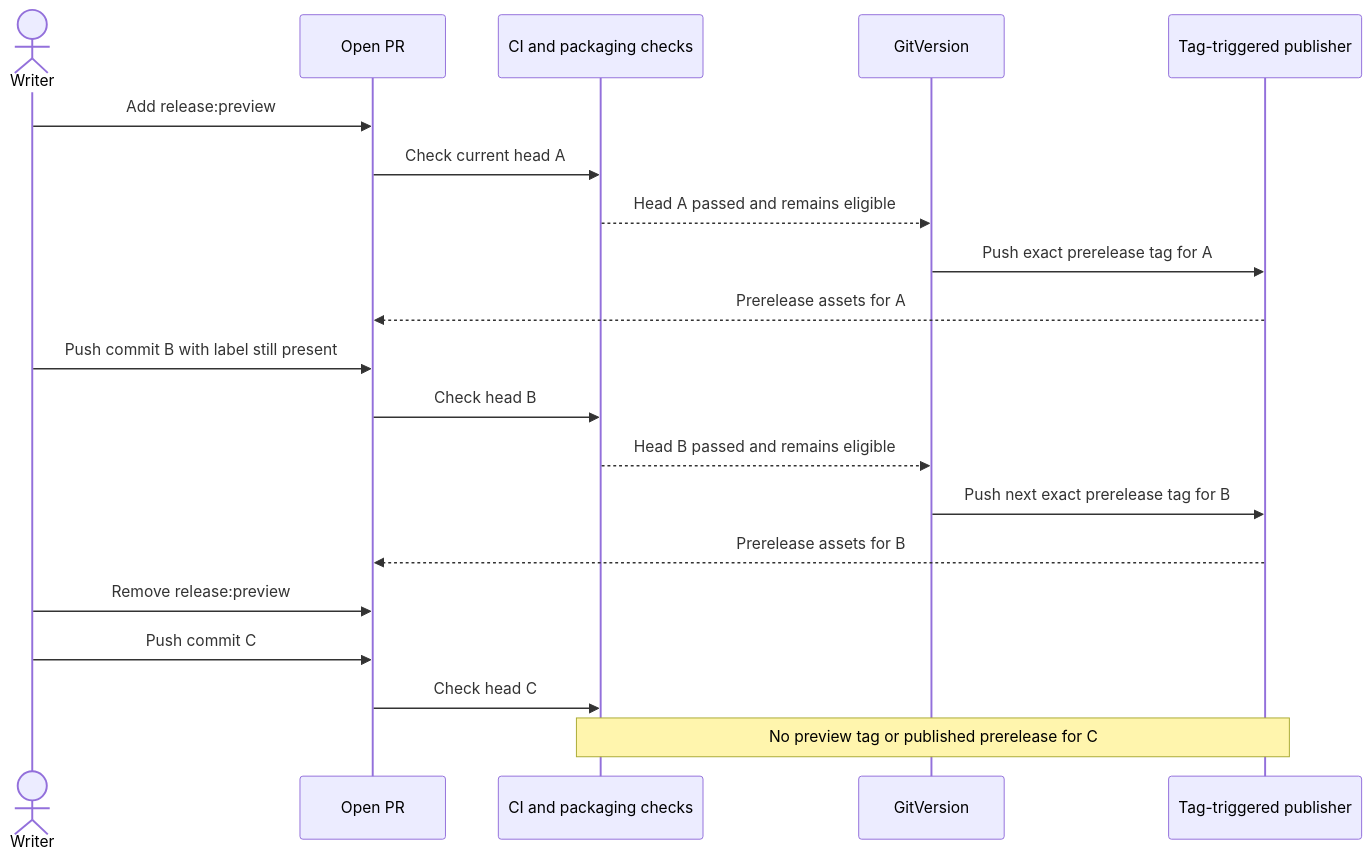
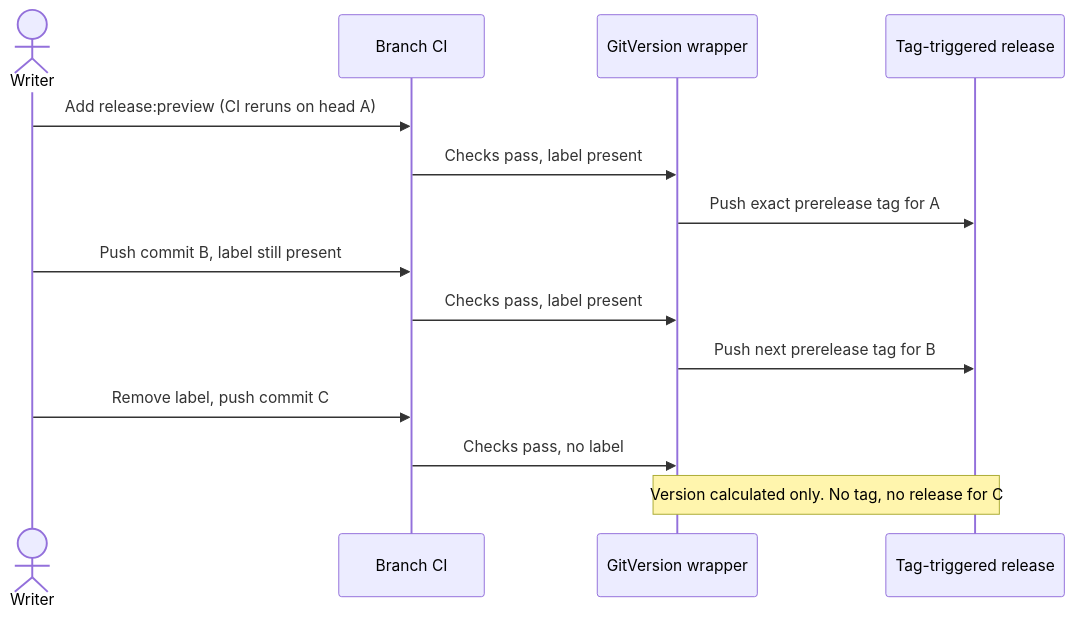
Before and after one commit to vhco-pro/docs: the second of 2 diagrams in knowledge/tag-driven-go-releases.md, drawn with Mermaid. The commit also changed other lines of this file and 1 other file, not shown here.

Commit message:
docs: version from branch runs; drop the PR dispatch bridge [skip ci]

````diff
--- a/knowledge/tag-driven-go-releases.md
+++ b/knowledge/tag-driven-go-releases.md
@@ -121,22 +94,16 @@
 ```mermaid
 sequenceDiagram
     actor Writer
-    participant PR as Open PR
-    participant Checks as CI and packaging checks
-    participant Version as GitVersion
-    participant Release as Tag-triggered publisher
-    Writer->>PR: Add release:preview
-    PR->>Checks: Check current head A
-    Checks-->>Version: Head A passed and remains eligible
-    Version->>Release: Push exact prerelease tag for A
-    Release-->>PR: Prerelease assets for A
-    Writer->>PR: Push commit B with label still present
-    PR->>Checks: Check head B
-    Checks-->>Version: Head B passed and remains eligible
-    Version->>Release: Push next exact prerelease tag for B
-    Release-->>PR: Prerelease assets for B
-    Writer->>PR: Remove release:preview
-    Writer->>PR: Push commit C
-    PR->>Checks: Check head C
-    Note over Checks,Release: No preview tag or published prerelease for C
+    participant CI as Branch CI
+    participant GV as GitVersion wrapper
+    participant Rel as Tag-triggered release
+    Writer->>CI: Add release:preview (CI reruns on head A)
+    CI->>GV: Checks pass, label present
+    GV->>Rel: Push exact prerelease tag for A
+    Writer->>CI: Push commit B, label still present
+    CI->>GV: Checks pass, label present
+    GV->>Rel: Push next prerelease tag for B
+    Writer->>CI: Remove label, push commit C
+    CI->>GV: Checks pass, no label
+    Note over GV,Rel: Version calculated only. No tag, no release for C
 ```
````
